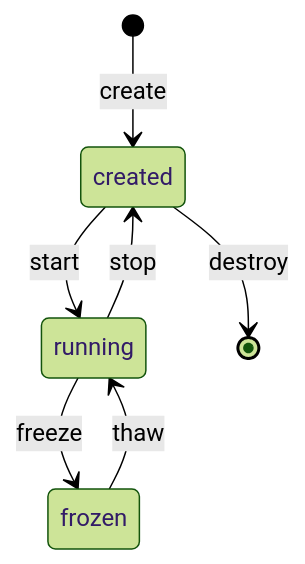
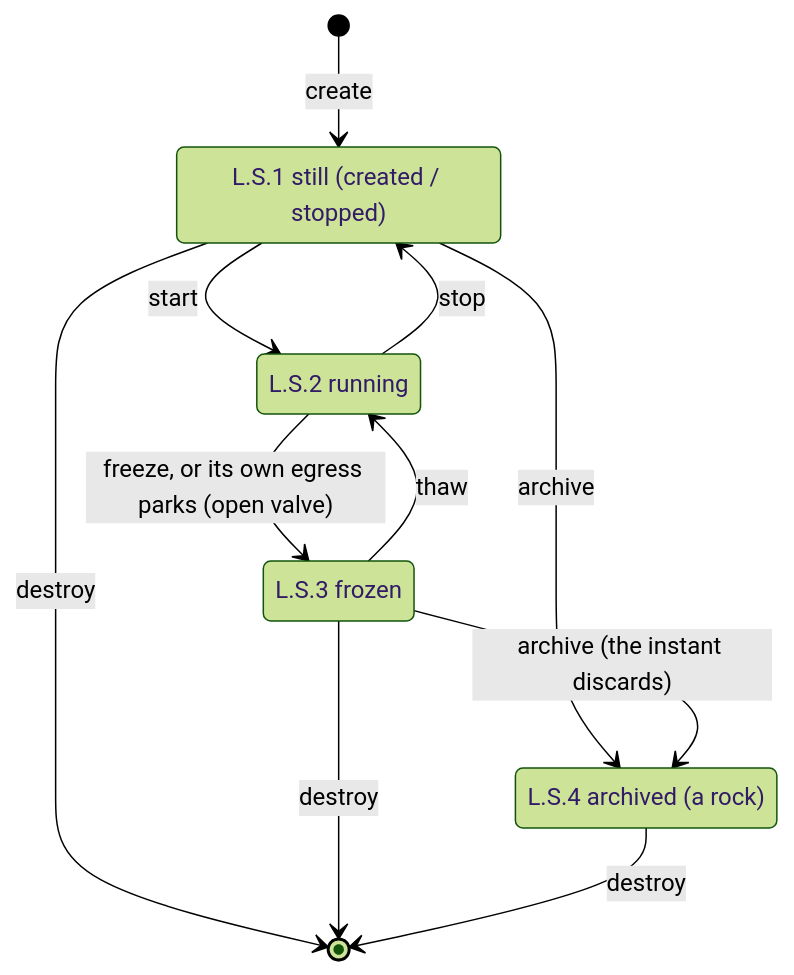
The second of 2 diagrams in docs/LIFECYCLE.md (omne-earth/cella), drawn with Mermaid (forest theme) before and after one commit. The commit also changed other lines of this file and 8 other files, not shown here.

Commit message:
docs: comprehensive grooming of all markdowns and diagrams

````diff
--- a/docs/LIFECYCLE.md
+++ b/docs/LIFECYCLE.md
@@ -87,9 +89,17 @@
 ```mermaid
 stateDiagram-v2
-    [*] --> created: create <name>
-    created --> running: start <name>
-    running --> frozen: freeze <name>
-    frozen --> running: thaw <name>
-    running --> created: stop <name>
-    created --> [*]: destroy <name>
+    state "L.S.1 still (created / stopped)" as S1
+    state "L.S.2 running" as S2
+    state "L.S.3 frozen" as S3
+    state "L.S.4 archived (a rock)" as S4
+    [*] --> S1: create
+    S1 --> S2: start
+    S2 --> S3: freeze, or its own egress parks (open valve)
+    S3 --> S2: thaw
+    S2 --> S1: stop
+    S1 --> S4: archive
+    S3 --> S4: archive (the instant discards)
+    S1 --> [*]: destroy
+    S3 --> [*]: destroy
+    S4 --> [*]: destroy
 ```
````
